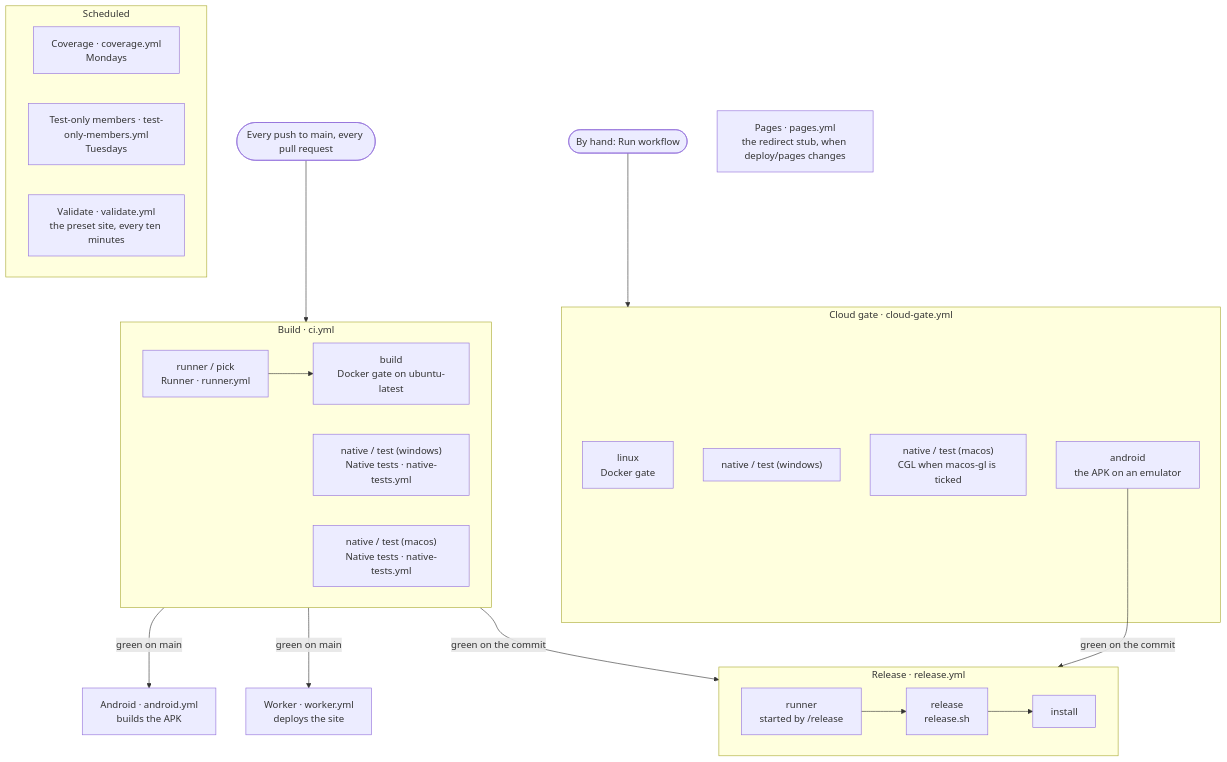
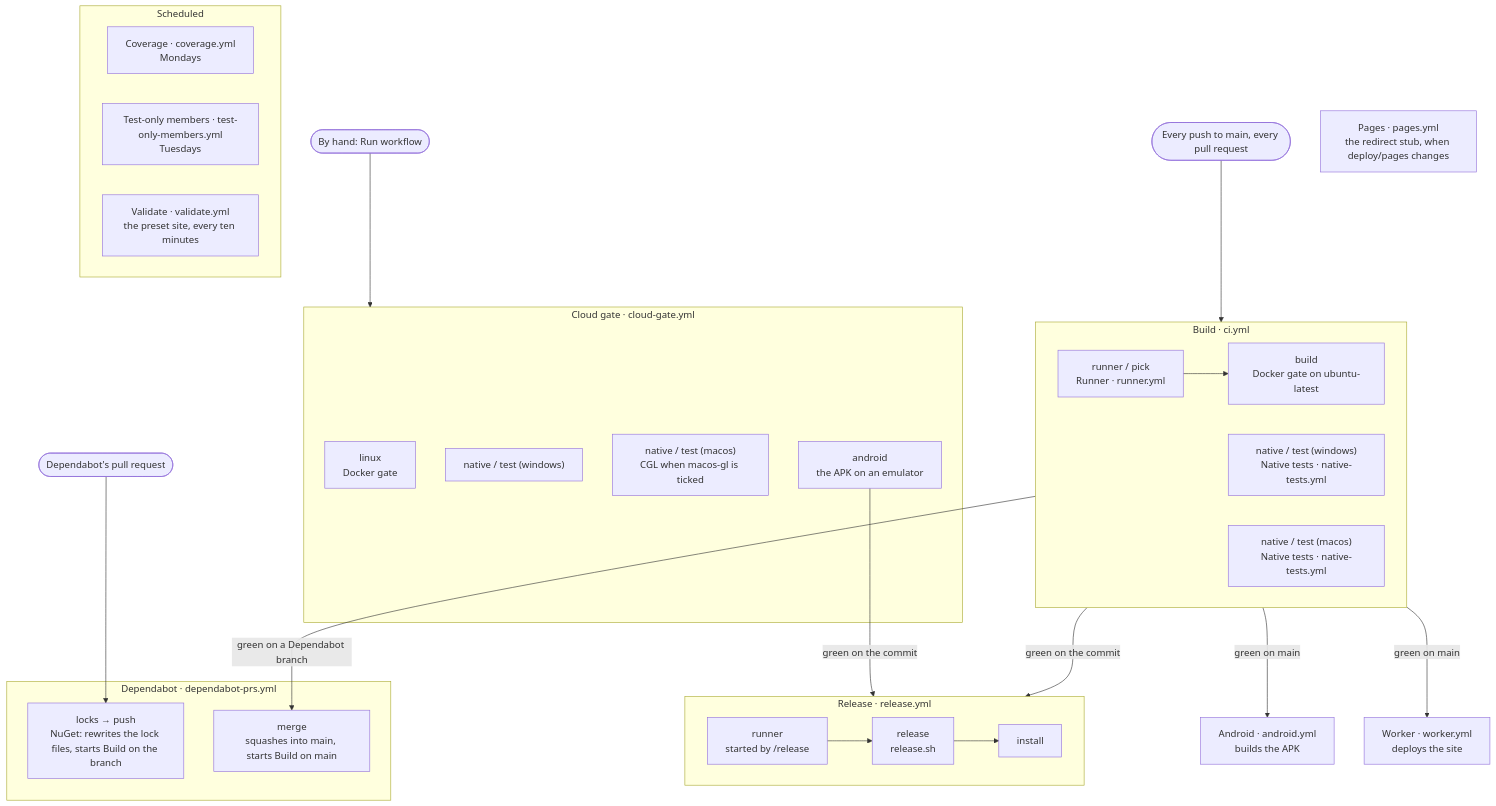
Before and after one commit to markovcd/Flyback: the diagram in docs/diagrams/pipeline.md, drawn with Mermaid. The commit also changed 9 other files, not shown here.

First line of the commit message:
Dependabot's updates arrive as one weekly pull request and merge themselves once Build passes.

````diff
--- a/docs/diagrams/pipeline.md
+++ b/docs/diagrams/pipeline.md
@@ -8,35 +8,42 @@
 ```mermaid
 flowchart TB
     push(["Every push to main, every pull request"]) --> build
     hand(["By hand: Run workflow"]) --> cloud
 
     subgraph build["Build · ci.yml"]
         b_pick["runner / pick<br/>Runner · runner.yml"] --> b_gate["build<br/>Docker gate on ubuntu-latest"]
         b_win["native / test (windows)<br/>Native tests · native-tests.yml"]
         b_mac["native / test (macos)<br/>Native tests · native-tests.yml"]
     end
 
     subgraph cloud["Cloud gate · cloud-gate.yml"]
         c_linux["linux<br/>Docker gate"]
         c_win["native / test (windows)"]
         c_mac["native / test (macos)<br/>CGL when macos-gl is ticked"]
         c_android["android<br/>the APK on an emulator"]
     end
 
     build -- "green on main" --> apk["Android · android.yml<br/>builds the APK"]
     build -- "green on main" --> site["Worker · worker.yml<br/>deploys the site"]
     build -- "green on the commit" --> release
     c_android -- "green on the commit" --> release
 
     subgraph release["Release · release.yml"]
         r_pick["runner<br/>started by /release"] --> r_release["release<br/>release.sh"] --> r_install["install"]
     end
 
     subgraph scheduled["Scheduled"]
         coverage["Coverage · coverage.yml<br/>Mondays"]
         members["Test-only members · test-only-members.yml<br/>Tuesdays"]
         validate["Validate · validate.yml<br/>the preset site, every ten minutes"]
     end
 
     pages["Pages · pages.yml<br/>the redirect stub, when deploy/pages changes"]
+
+    bot(["Dependabot's pull request"]) --> d_locks
+    subgraph dependabot["Dependabot · dependabot-prs.yml"]
+        d_locks["locks → push<br/>NuGet: rewrites the lock files, starts Build on the branch"]
+        d_merge["merge<br/>squashes into main, starts Build on main"]
+    end
+    build -- "green on a Dependabot branch" --> d_merge
 ```
````
